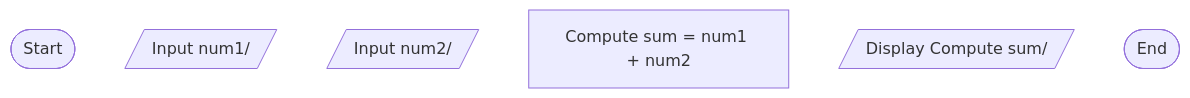
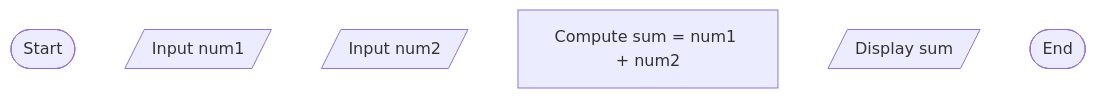
The diagram in flowchart1.md (trishamarpanes-sudo/cpp102-week2-panes), drawn with Mermaid before and after one commit.

Commit message:
Add Week 2 algorithm pseudocode and flowchart activities

````diff
--- a/flowchart1.md
+++ b/flowchart1.md
@@ -1,9 +1,9 @@
 ```mermaid
 flowchart TD
     A([Start])
-    B[/Input num1//]
-    C[/Input num2//]
+    B[/Input num1/]
+    C[/Input num2/]
     D["Compute sum = num1 + num2"]
-    E[/Display Compute sum//]
+    E[/Display sum/]
     F([End])
 ```
````
